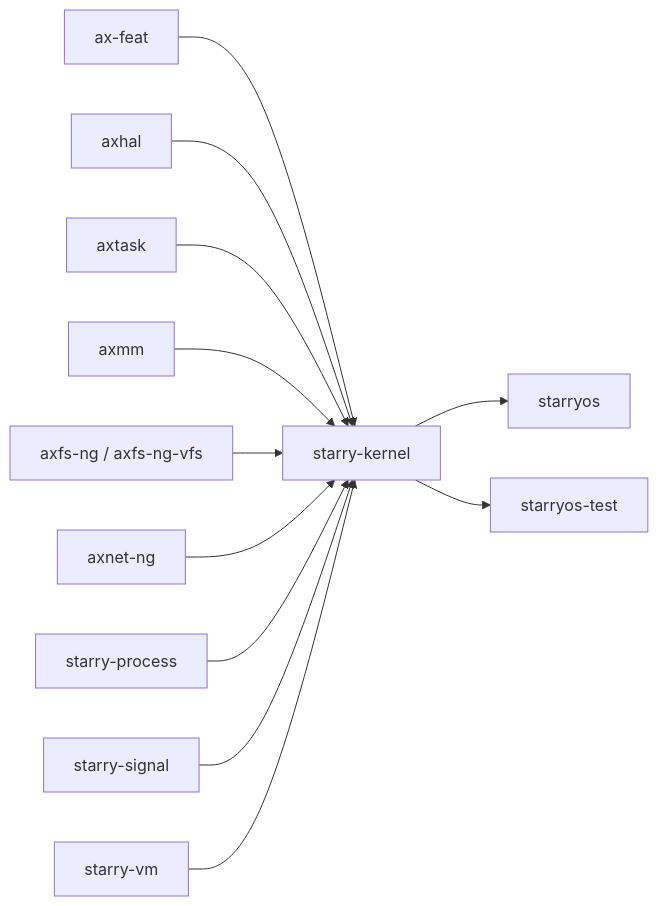
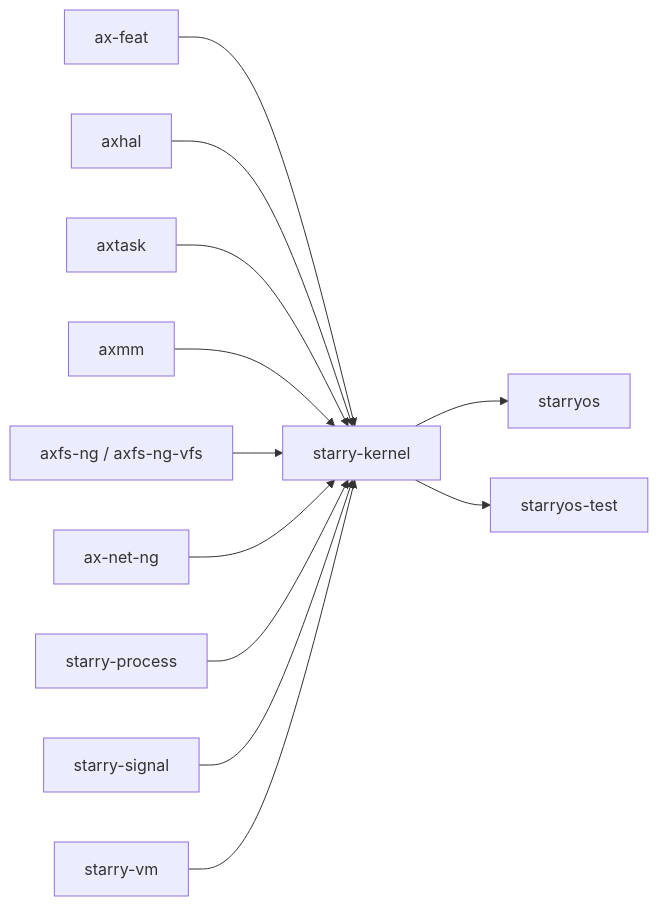
One commit to zKurisu/tgoskits changed the second of 2 diagrams in docs/crates/starry-kernel.md. Above: the diagram before and after it, drawn with Mermaid. The commit also changed other lines of this file and 32 other files, not shown here.

Commit message:
rename axnet-ng to ax-net-ng

````diff
--- a/docs/crates/starry-kernel.md
+++ b/docs/crates/starry-kernel.md
@@ -116,15 +116,15 @@
 ```mermaid
 graph LR
     ax-feat["ax-feat"] --> starry["starry-kernel"]
     axhal["axhal"] --> starry
     axtask["axtask"] --> starry
     axmm["axmm"] --> starry
     axfs["axfs-ng / axfs-ng-vfs"] --> starry
-    axnet["axnet-ng"] --> starry
+    axnet["ax-net-ng"] --> starry
     starry_process["starry-process"] --> starry
     starry_signal["starry-signal"] --> starry
     starry_vm["starry-vm"] --> starry
 
     starry --> starryos["starryos"]
     starry --> starryos_test["starryos-test"]
 ```
````
